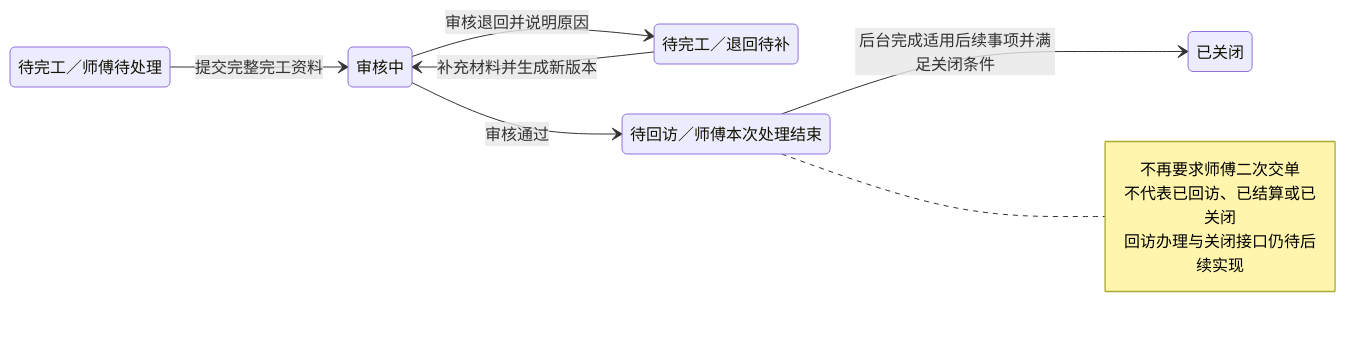
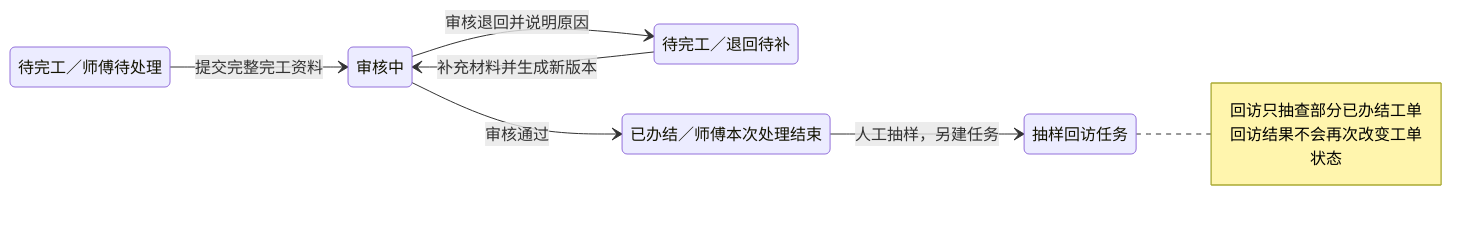
One commit to zhiyuan23/toto-after-sales-docs changed the first of 3 diagrams in 02-技术设计/13-服务工单状态机与单据状态说明.md. Above: the diagram before and after it, drawn with Mermaid. The commit also changed other lines of this file and 14 other files, not shown here.

````diff
--- a/02-技术设计/13-服务工单状态机与单据状态说明.md
+++ b/02-技术设计/13-服务工单状态机与单据状态说明.md
@@ -23,19 +24,18 @@
 ```mermaid
 stateDiagram-v2
     direction LR
     state "待完工／师傅待处理" as Pending
     state "审核中" as Review
     state "待完工／退回待补" as Returned
-    state "待回访／师傅本次处理结束" as FollowUp
-    state "已关闭" as Closed
+    state "已办结／师傅本次处理结束" as Closed
+    state "抽样回访任务" as FollowUp
     Pending --> Review: 提交完整完工资料
     Review --> Returned: 审核退回并说明原因
     Returned --> Review: 补充材料并生成新版本
-    Review --> FollowUp: 审核通过
-    FollowUp --> Closed: 后台完成适用后续事项并满足关闭条件
+    Review --> Closed: 审核通过
+    Closed --> FollowUp: 人工抽样，另建任务
     note right of FollowUp
-      不再要求师傅二次交单
-      不代表已回访、已结算或已关闭
-      回访办理与关闭接口仍待后续实现
+      回访只抽查部分已办结工单
+      回访结果不会再次改变工单状态
     end note
 ```
````
